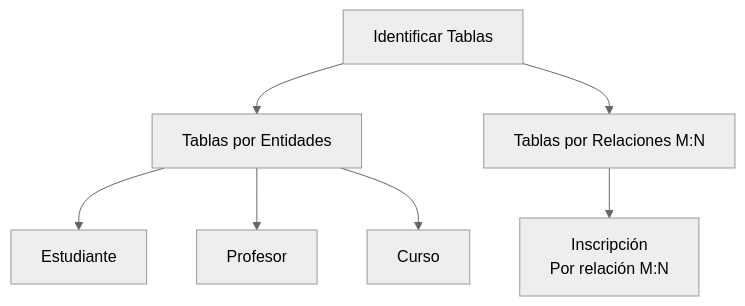
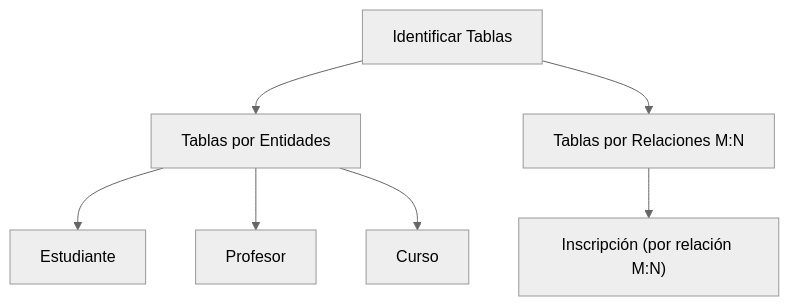
One commit to WalterJiron/Learn_DB changed the fourth of 5 diagrams in modulo-01_Modelado/clase-02_Trasformation/README.md. Above: the diagram before and after it, drawn with Mermaid (neutral theme). The commit also changed other lines of this file and 13 other files, not shown here.

````diff
--- a/modulo-01_Modelado/clase-02_Trasformation/README.md
+++ b/modulo-01_Modelado/clase-02_Trasformation/README.md
@@ -175,11 +193,11 @@
 ```mermaid
 flowchart TD
     A[Identificar Tablas] --> B[Tablas por Entidades]
     A --> C[Tablas por Relaciones M:N]
 
     B --> D[Estudiante]
     B --> E[Profesor]
     B --> F[Curso]
 
-    C --> G[Inscripción<br>Por relación M:N]
+    C --> G["Inscripción (por relación M:N)"]
 ```
````
